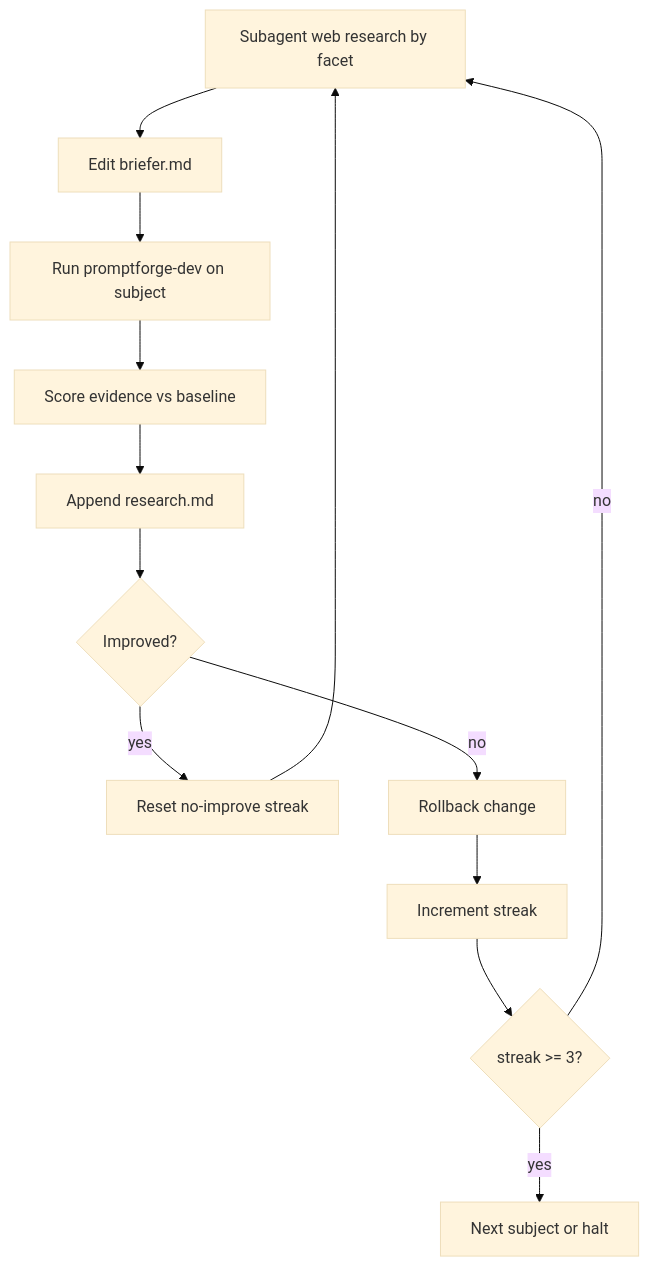
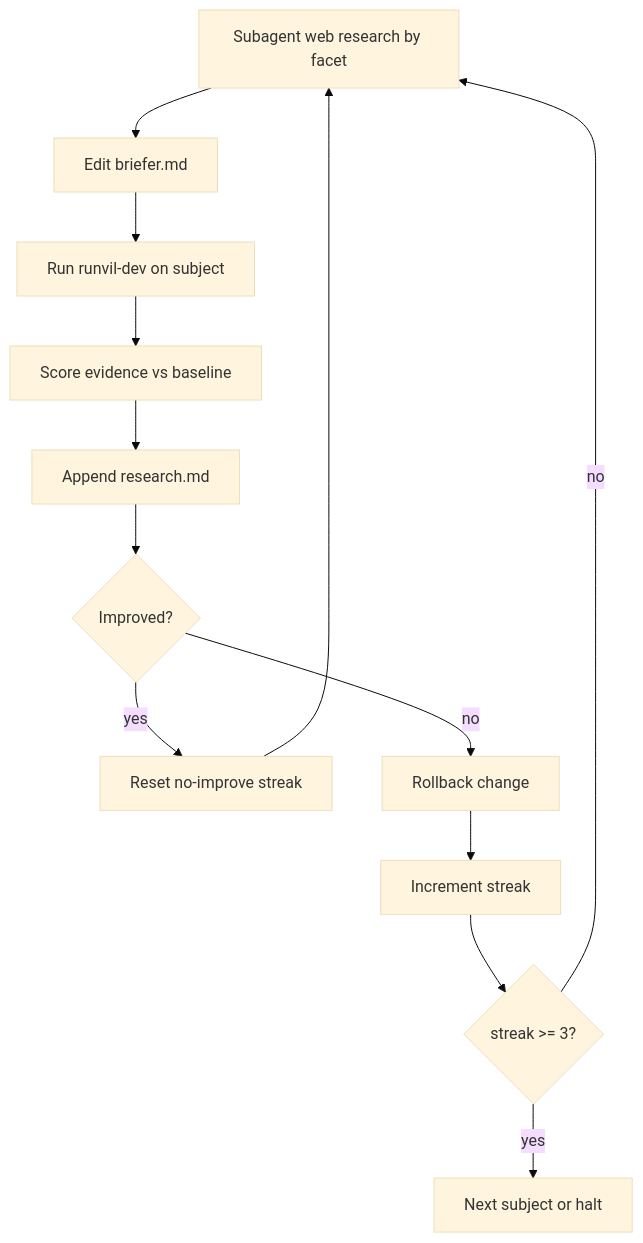
Before and after one commit to cppalliance/promptforge: the diagram in vibe/2026-08/2026-08-08-11-briefer-evidence-thickening.md, drawn with Mermaid (base theme). The commit also changed other lines of this file and 1573 other files, not shown here.

````diff
--- a/vibe/2026-08/2026-08-08-11-briefer-evidence-thickening.md
+++ b/vibe/2026-08/2026-08-08-11-briefer-evidence-thickening.md
@@ -80,15 +80,15 @@
 ```mermaid
 flowchart TD
     research[Subagent web research by facet] --> edit[Edit briefer.md]
-    edit --> run[Run promptforge-dev on subject]
+    edit --> run[Run runvil-dev on subject]
     run --> score[Score evidence vs baseline]
     score --> log[Append research.md]
     log --> decide{Improved?}
     decide -->|yes| reset[Reset no-improve streak]
     decide -->|no| rollback[Rollback change]
     reset --> research
     rollback --> streak[Increment streak]
     streak --> stop{streak >= 3?}
     stop -->|no| research
     stop -->|yes| nextSubject[Next subject or halt]
 ```
````
